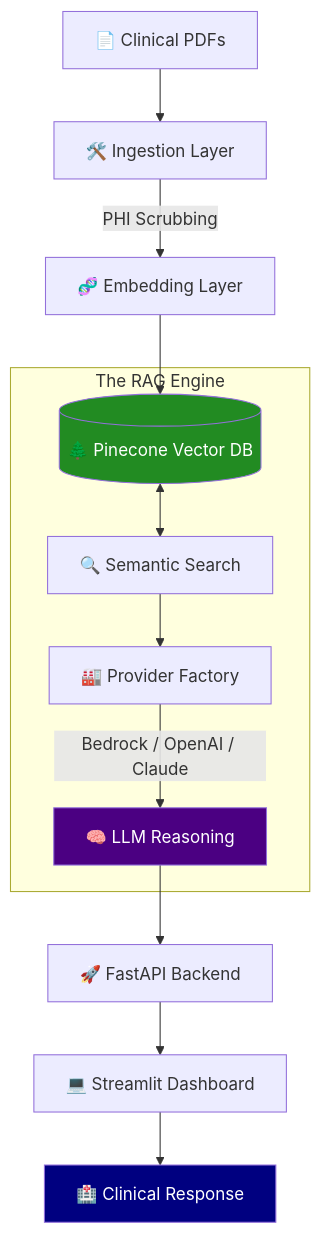
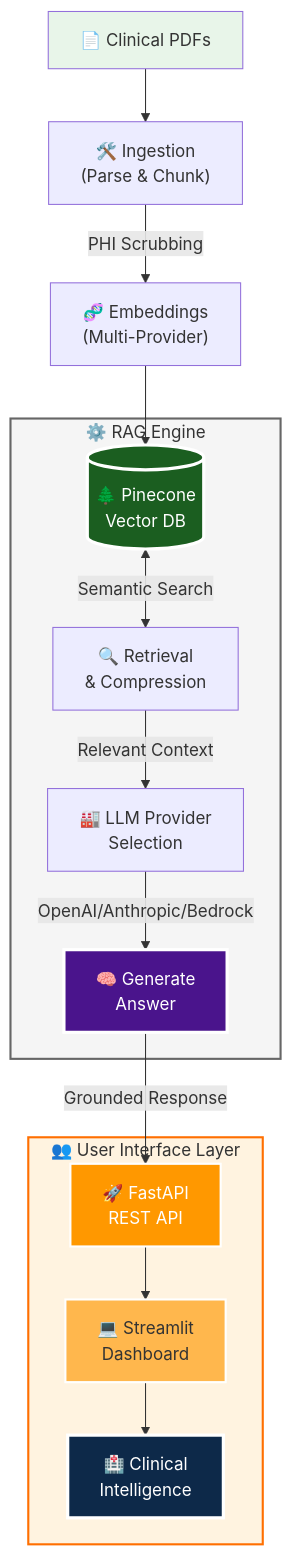
The diagram in README.md (pvenkata-tech/clinical-intelligence-rag), drawn with Mermaid before and after one commit. The commit also changed other lines of this file, not shown here.

Commit message:
Emphasize UI layer in Mermaid architecture diagram

````diff
--- a/README.md
+++ b/README.md
@@ -17,20 +17,28 @@
 ```mermaid
 graph TD
-    A[📄 Clinical PDFs] --> B[🛠️ Ingestion Layer]
-    B -->|PHI Scrubbing| C[🧬 Embedding Layer]
-    C --> D[(🌲 Pinecone Vector DB)]
+    A["📄 Clinical PDFs"] --> B["🛠️ Ingestion<br/>(Parse & Chunk)"]
+    B -->|PHI Scrubbing| C["🧬 Embeddings<br/>(Multi-Provider)"]
+    C --> D[("🌲 Pinecone<br/>Vector DB")]
     
-    subgraph "The RAG Engine"
-    D <--> E[🔍 Semantic Search]
-    E --> F[🏭 Provider Factory]
-    F -->|Bedrock / OpenAI / Claude| G[🧠 LLM Reasoning]
+    subgraph RAG["⚙️ RAG Engine"]
+    D <-->|Semantic Search| E["🔍 Retrieval<br/>& Compression"]
+    E -->|Relevant Context| F["🏭 LLM Provider<br/>Selection"]
+    F -->|OpenAI/Anthropic/Bedrock| G["🧠 Generate<br/>Answer"]
     end
     
-    G --> H[🚀 FastAPI Backend]
-    H --> I[💻 Streamlit Dashboard]
-    I --> J[🏥 Clinical Response]
+    G -->|Grounded Response| H["🚀 FastAPI<br/>REST API"]
     
-    style D fill:#228b22,color:#fff
-    style G fill:#4b0082,color:#fff
-    style J fill:#000080,color:#fff
+    subgraph UI["👥 User Interface Layer"]
+    H --> I["💻 Streamlit<br/>Dashboard"]
+    I --> J["🏥 Clinical<br/>Intelligence"]
+    end
+    
+    style A fill:#e8f5e9
+    style D fill:#1b5e20,stroke:#fff,color:#fff,stroke-width:3px
+    style G fill:#4a148c,stroke:#fff,color:#fff,stroke-width:3px
+    style RAG fill:#f5f5f5,stroke:#666,stroke-width:2px
+    style UI fill:#fff3e0,stroke:#ff6f00,stroke-width:2px
+    style H fill:#ff9800,stroke:#fff,color:#fff,stroke-width:2px
+    style I fill:#ffb74d,stroke:#fff,color:#333,stroke-width:2px
+    style J fill:#0d2949,stroke:#fff,color:#fff,stroke-width:3px
 ```
````
